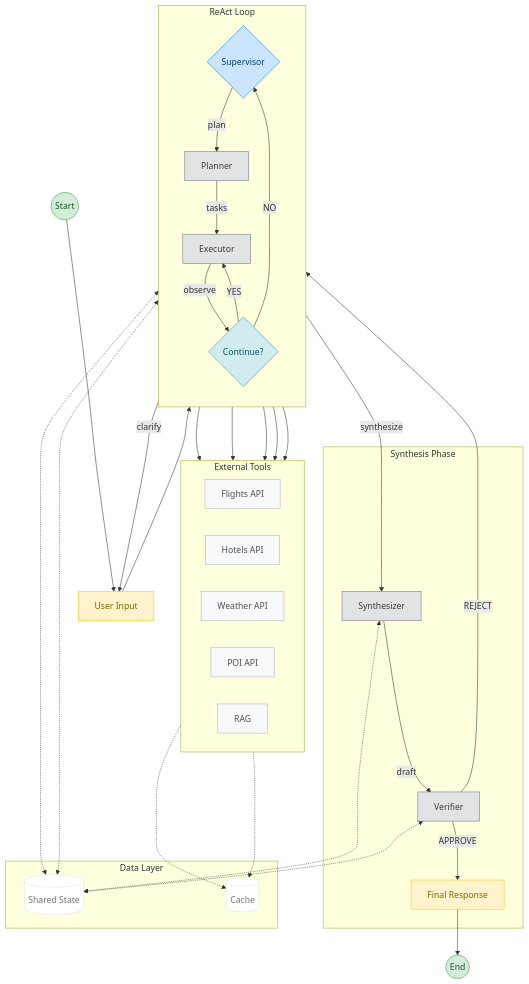
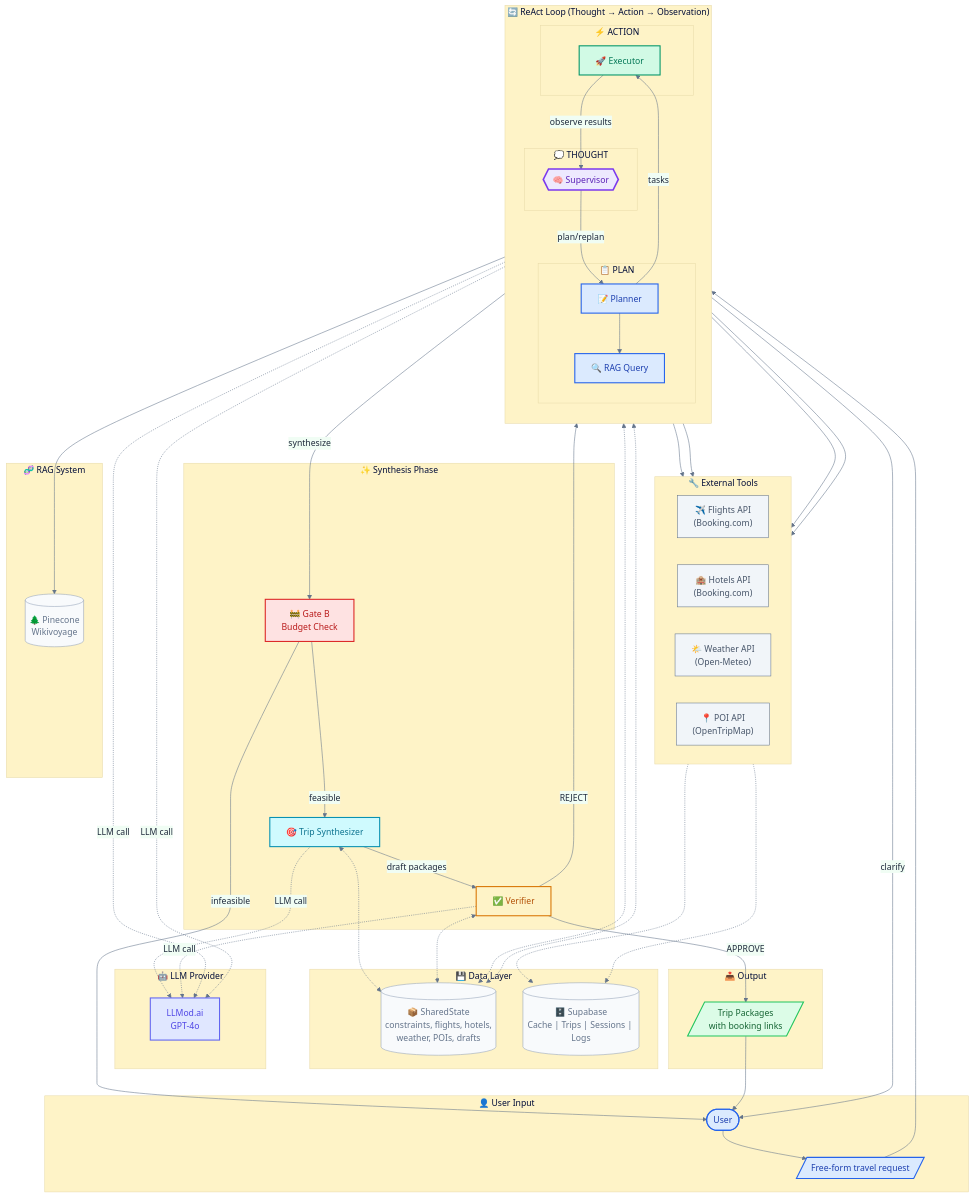
Before and after one commit to ofekfuchs/ai-travel-agent: the diagram in ARCHITECTURE.md, drawn with Mermaid. The commit also changed other lines of this file and 13 other files, not shown here.

First line of the commit message:
Cleanup: README with Mermaid diagram and how-it-works, concrete agent_info, endpoint tests, remove dead code

````diff
--- a/ARCHITECTURE.md
+++ b/ARCHITECTURE.md
@@ -3,69 +11,129 @@
 ```mermaid
-graph TD
-    Start((Start)) --> User["User Input"]
-    User --> Supervisor{"Supervisor"}
+%%{init: {'theme': 'base', 'themeVariables': { 'primaryColor': '#e0e7ff', 'primaryTextColor': '#1e293b', 'primaryBorderColor': '#6366f1', 'lineColor': '#64748b', 'secondaryColor': '#f0fdf4', 'tertiaryColor': '#fef3c7'}}}%%
 
-    Supervisor -- "clarify" --> User
-
-    subgraph ReAct_Loop["ReAct Loop"]
-        direction TB
-        Supervisor -- "plan" --> Planner["Planner"]
-        Planner -- "tasks" --> Executor["Executor"]
-        Executor -- "observe" --> Decide{"Continue?"}
-        Decide -- "YES" --> Executor
-        Decide -- "NO" --> Supervisor
+flowchart TB
+    subgraph User_Input["👤 User Input"]
+        User([User])
+        Prompt[/"Free-form travel request"/]
     end
 
-    subgraph Synthesis_Phase["Synthesis Phase"]
-        Supervisor -- "synthesize" --> Synth["Synthesizer"]
-        Synth -- "draft" --> Verifier["Verifier"]
-        Verifier -- "APPROVE" --> Final["Final Response"]
-        Verifier -- "REJECT" --> Supervisor
+    subgraph ReAct_Loop["🔄 ReAct Loop (Thought → Action → Observation)"]
+        direction TB
+        
+        subgraph Thought["💭 THOUGHT"]
+            Supervisor{{"🧠 Supervisor"}}
+        end
+        
+        subgraph Plan["📋 PLAN"]
+            Planner["📝 Planner"]
+            RAG_Query["🔍 RAG Query"]
+        end
+        
+        subgraph Action["⚡ ACTION"]
+            Executor["🚀 Executor"]
+        end
     end
 
-    subgraph Tools["External Tools"]
-        direction LR
-        Flights["Flights API"]
-        Hotels["Hotels API"]
-        Weather["Weather API"]
-        POI["POI API"]
-        RAG["RAG"]
+    subgraph Synthesis_Phase["✨ Synthesis Phase"]
+        GateB["🚧 Gate B<br/>Budget Check"]
+        Synthesizer["🎯 Trip Synthesizer"]
+        Verifier["✅ Verifier"]
     end
 
-    subgraph Data["Data Layer"]
-        State[("Shared State")]
-        Cache[("Cache")]
+    subgraph Tools["🔧 External Tools"]
+        direction LR
+        Flights["✈️ Flights API<br/>(Booking.com)"]
+        Hotels["🏨 Hotels API<br/>(Booking.com)"]
+        Weather["🌤️ Weather API<br/>(Open-Meteo)"]
+        POI["📍 POI API<br/>(OpenTripMap)"]
     end
 
+    subgraph RAG_System["🧬 RAG System"]
+        Pinecone[("🌲 Pinecone<br/>Wikivoyage")]
+    end
+
+    subgraph Data_Layer["💾 Data Layer"]
+        SharedState[("📦 SharedState<br/>constraints, flights, hotels,<br/>weather, POIs, drafts")]
+        Supabase[("🗄️ Supabase<br/>Cache | Trips | Sessions | Logs")]
+    end
+
+    subgraph LLM_Provider["🤖 LLM Provider"]
+        LLM["LLMod.ai<br/>GPT-4o"]
+    end
+
+    subgraph Output["📤 Output"]
+        Response[/"Trip Packages<br/>with booking links"/]
+    end
+
+    %% Main Flow
+    User --> Prompt
+    Prompt --> Supervisor
+    
+    %% Supervisor decisions
+    Supervisor -->|"plan/replan"| Planner
+    Supervisor -->|"clarify"| User
+    Supervisor -->|"synthesize"| GateB
+    
+    %% Planning flow
+    Planner --> RAG_Query
+    RAG_Query --> Pinecone
+    Planner -->|"tasks"| Executor
+    
+    %% Execution flow
     Executor --> Flights
     Executor --> Hotels
     Executor --> Weather
     Executor --> POI
-    Executor --> RAG
+    Executor -->|"observe results"| Supervisor
+    
+    %% Tool caching
+    Flights -.-> Supabase
+    Hotels -.-> Supabase
+    
+    %% Synthesis flow
+    GateB -->|"feasible"| Synthesizer
+    GateB -->|"infeasible"| User
+    Synthesizer -->|"draft packages"| Verifier
+    Verifier -->|"APPROVE"| Response
+    Verifier -->|"REJECT"| Supervisor
+    
+    %% Final output
+    Response --> User
+    
+    %% State connections
+    Planner <-.-> SharedState
+    Executor <-.-> SharedState
+    Synthesizer <-.-> SharedState
+    Verifier <-.-> SharedState
+    
+    %% LLM connections
+    Supervisor -.->|"LLM call"| LLM
+    Planner -.->|"LLM call"| LLM
+    Synthesizer -.->|"LLM call"| LLM
+    Verifier -.->|"LLM call"| LLM
 
-    Flights -.-> Cache
-    Hotels -.-> Cache
+    %% Styling
+    classDef userStyle fill:#dbeafe,stroke:#2563eb,stroke-width:2px,color:#1e40af
+    classDef supervisorStyle fill:#ede9fe,stroke:#7c3aed,stroke-width:3px,color:#5b21b6
+    classDef planStyle fill:#dbeafe,stroke:#2563eb,stroke-width:2px,color:#1e40af
+    classDef actionStyle fill:#d1fae5,stroke:#059669,stroke-width:2px,color:#047857
+    classDef synthStyle fill:#cffafe,stroke:#0891b2,stroke-width:2px,color:#0e7490
+    classDef verifyStyle fill:#fef3c7,stroke:#d97706,stroke-width:2px,color:#b45309
+    classDef gateStyle fill:#fee2e2,stroke:#dc2626,stroke-width:2px,color:#b91c1c
+    classDef toolStyle fill:#f1f5f9,stroke:#64748b,stroke-width:1px,color:#475569
+    classDef dataStyle fill:#f8fafc,stroke:#94a3b8,stroke-width:1px,color:#64748b
+    classDef llmStyle fill:#e0e7ff,stroke:#6366f1,stroke-width:2px,color:#4f46e5
+    classDef outputStyle fill:#dcfce7,stroke:#22c55e,stroke-width:2px,color:#166534
 
-    Planner <-.-> State
-    Executor <-.-> State
-    Synth <-.-> State
-    Verifier <-.-> State
-
-    Final --> End((End))
-
-    classDef startEnd fill:#d4edda,stroke:#28a745,color:#155724
-    classDef user fill:#fff3cd,stroke:#ffc107,color:#856404
-    classDef supervisor fill:#cce5ff,stroke:#007bff,color:#004085
-    classDef agent fill:#e2e3e5,stroke:#6c757d,color:#383d41
-    classDef tool fill:#f8f9fa,stroke:#adb5bd,color:#495057
-    classDef data fill:#fff,stroke:#dee2e6,color:#6c757d
-    classDef decision fill:#d1ecf1,stroke:#17a2b8,color:#0c5460
-
-    class Start,End startEnd
-    class User,Final user
-    class Supervisor supervisor
-    class Planner,Executor,Synth,Verifier agent
-    class Flights,Hotels,Weather,POI,RAG tool
-    class State,Cache data
-    class Decide decision
+    class User,Prompt userStyle
+    class Supervisor supervisorStyle
+    class Planner,RAG_Query planStyle
+    class Executor actionStyle
+    class Synthesizer synthStyle
+    class Verifier verifyStyle
+    class GateB gateStyle
+    class Flights,Hotels,Weather,POI toolStyle
+    class SharedState,Supabase,Pinecone dataStyle
+    class LLM llmStyle
+    class Response outputStyle
 ```
````
